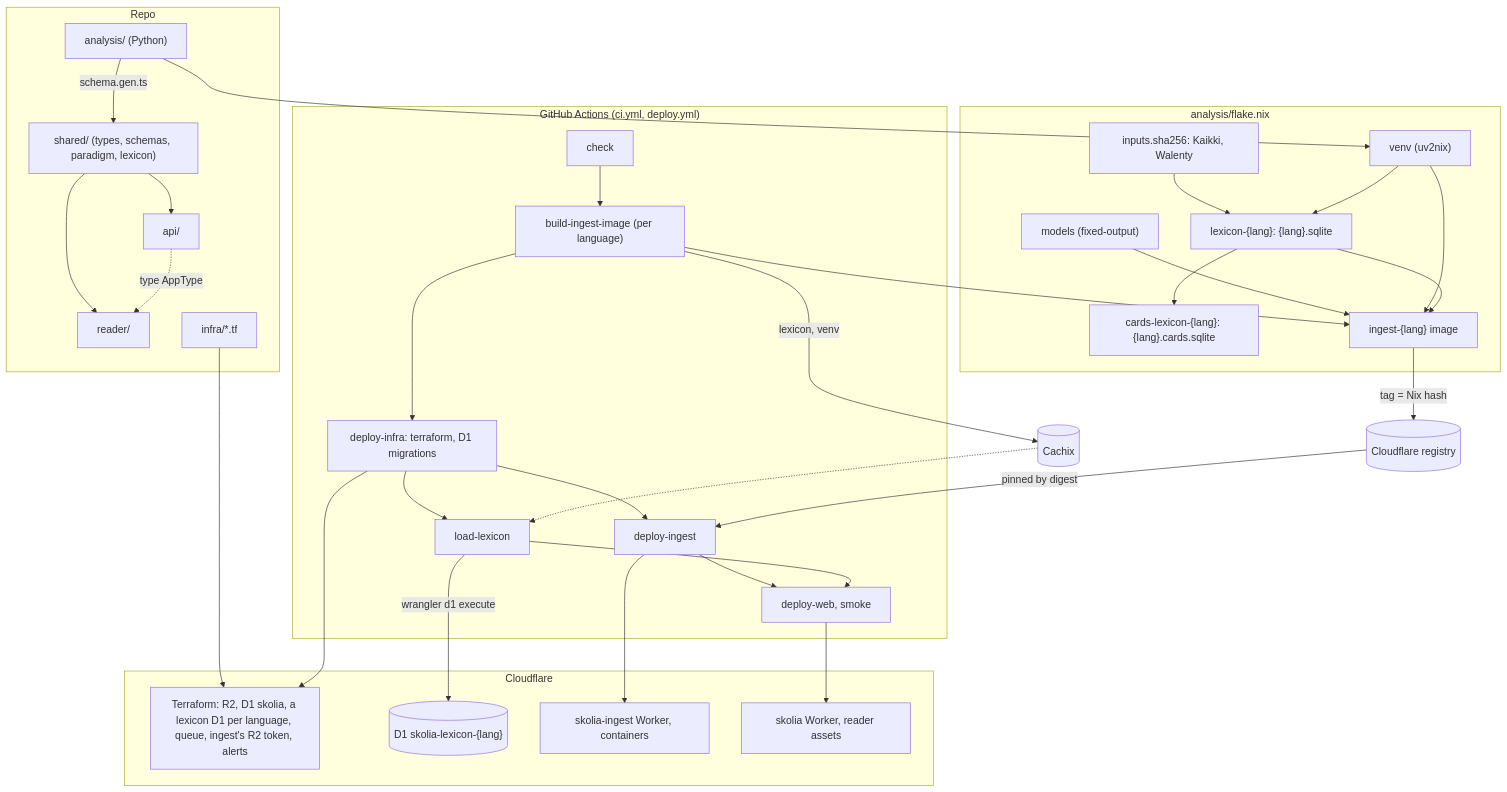
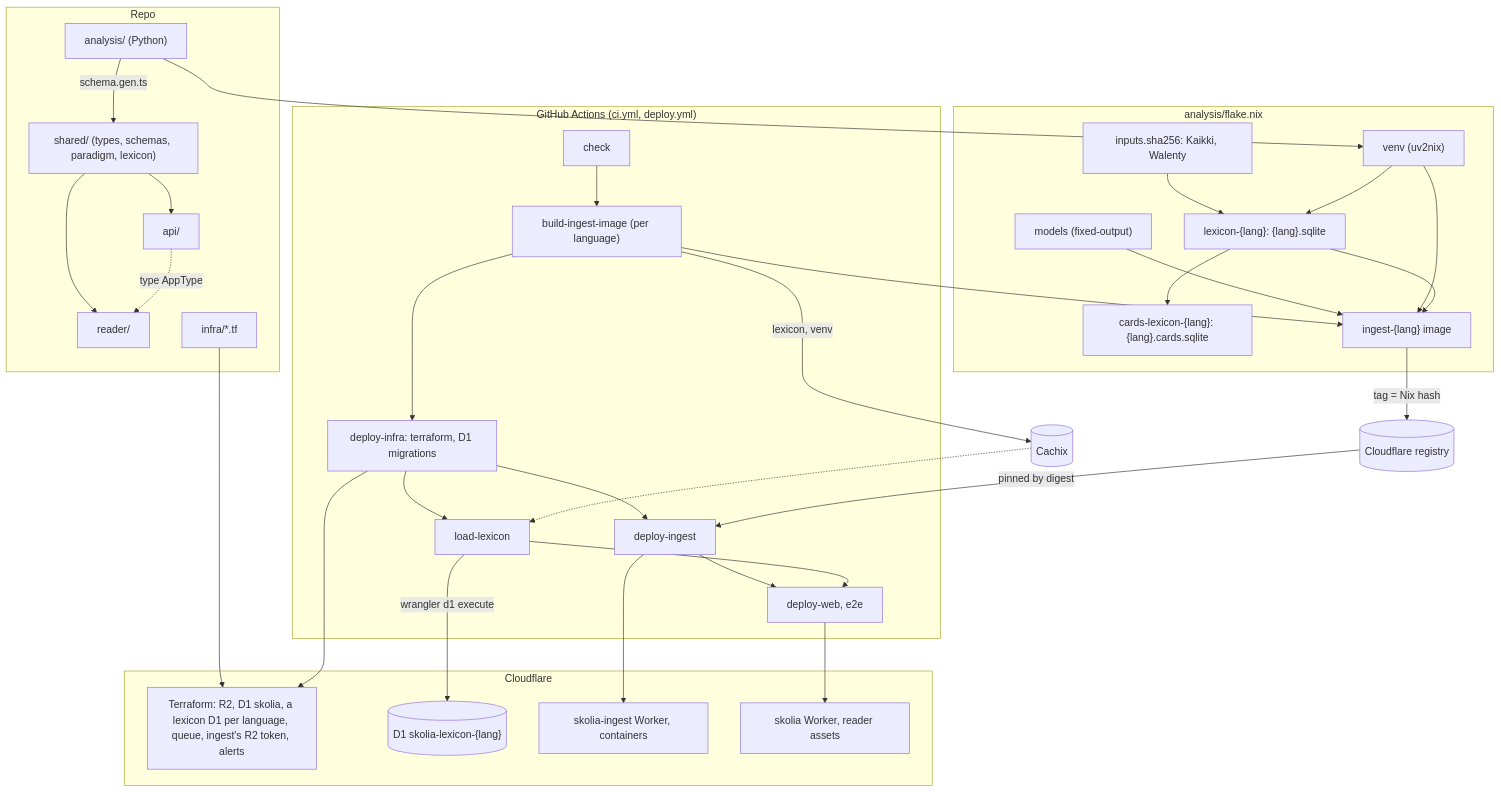
Before and after one commit to andyyu2004/skolia: the second of 2 diagrams in ARCHITECTURE.md, drawn with Mermaid. The commit also changed other lines of this file and 15 other files, not shown here.

````diff
--- a/ARCHITECTURE.md
+++ b/ARCHITECTURE.md
@@ -73,62 +73,62 @@
 ```mermaid
 flowchart TB
   subgraph Repo
     PY["analysis/ (Python)"]
     SH["shared/ (types, schemas, paradigm, lexicon)"]
     RDR["reader/"]
     APIS["api/"]
     TFS["infra/*.tf"]
   end
   subgraph Nix["analysis/flake.nix"]
     INP["inputs.sha256: Kaikki, Walenty"]
     MOD["models (fixed-output)"]
     VENV["venv (uv2nix)"]
     LEXN["lexicon-{lang}: {lang}.sqlite"]
     CARDS["cards-lexicon-{lang}: {lang}.cards.sqlite"]
     IMG["ingest-{lang} image"]
   end
   subgraph CI["GitHub Actions (ci.yml, deploy.yml)"]
     CHK["check"]
     BII["build-ingest-image (per language)"]
     DI["deploy-infra: terraform, D1 migrations"]
     LL["load-lexicon"]
     DGI["deploy-ingest"]
-    DW["deploy-web, smoke"]
+    DW["deploy-web, e2e"]
   end
   CX[("Cachix")]
   REG[("Cloudflare registry")]
   subgraph CF["Cloudflare"]
     TFR["Terraform: R2, D1 skolia, a lexicon D1 per language, queue, ingest's R2 token, alerts"]
     LXDB[("D1 skolia-lexicon-{lang}")]
     INGD["skolia-ingest Worker, containers"]
     WEBD["skolia Worker, reader assets"]
   end
 
   PY -->|"schema.gen.ts"| SH
   SH --> RDR
   SH --> APIS
   APIS -.->|"type AppType"| RDR
   PY --> VENV
   INP --> LEXN
   VENV --> LEXN
   LEXN --> CARDS
   MOD --> IMG
   VENV --> IMG
   LEXN --> IMG
   CHK --> BII
   BII --> IMG
   BII -->|"lexicon, venv"| CX
   IMG -->|"tag = Nix hash"| REG
   BII --> DI
   TFS --> TFR
   DI --> TFR
   DI --> LL
   DI --> DGI
   DGI --> DW
   LL --> DW
   CX -.-> LL
   LL -->|"wrangler d1 execute"| LXDB
   REG -->|"pinned by digest"| DGI
   DGI --> INGD
   DW --> WEBD
 ```
````
